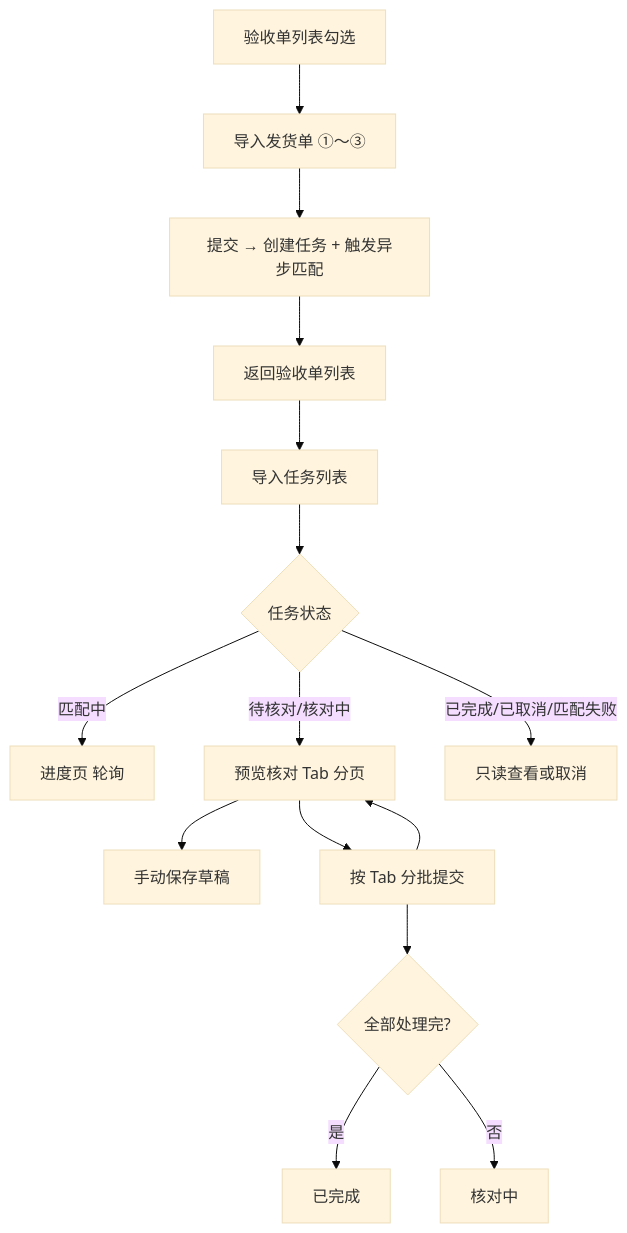
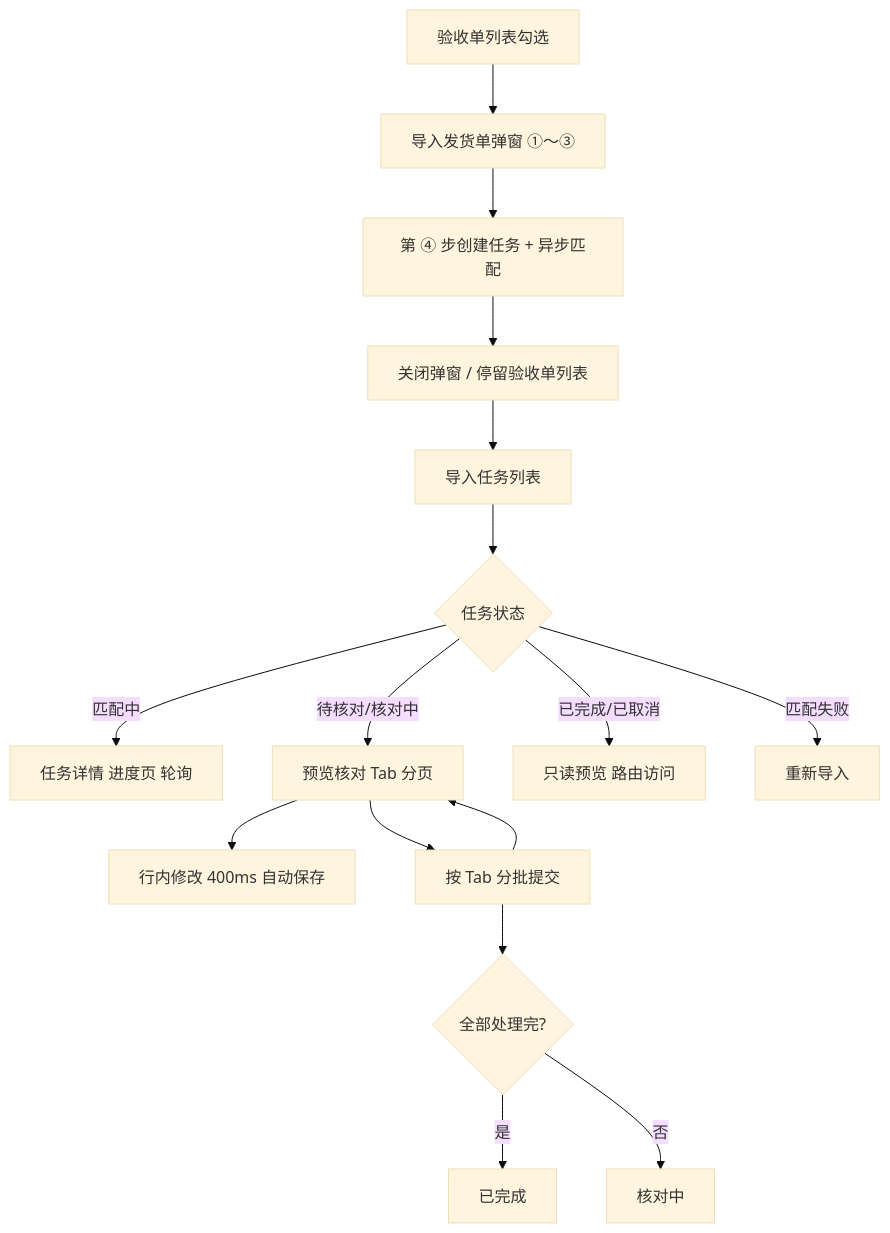
The diagram in docs/superpowers/specs/2026-07-10-delivery-import-async-task-design.md (yxw7/orderM), drawn with Mermaid (base theme) before and after one commit. The commit also changed other lines of this file and 166 other files, not shown here.

````diff
--- a/docs/superpowers/specs/2026-07-10-delivery-import-async-task-design.md
+++ b/docs/superpowers/specs/2026-07-10-delivery-import-async-task-design.md
@@ -86,17 +95,18 @@
 ```mermaid
 flowchart TD
-  A[验收单列表勾选] --> B[导入发货单 ①～③]
-  B --> C[提交 → 创建任务 + 触发异步匹配]
-  C --> D[返回验收单列表]
+  A[验收单列表勾选] --> B[导入发货单弹窗 ①～③]
+  B --> C[第 ④ 步创建任务 + 异步匹配]
+  C --> D[关闭弹窗 / 停留验收单列表]
   D --> E[导入任务列表]
   E --> F{任务状态}
-  F -->|匹配中| G[进度页 轮询]
+  F -->|匹配中| G[任务详情 进度页 轮询]
   F -->|待核对/核对中| H[预览核对 Tab 分页]
-  F -->|已完成/已取消/匹配失败| I[只读查看或取消]
-  H --> J[手动保存草稿]
-  H --> K[按 Tab 分批提交]
-  K --> H
-  K --> L{全部处理完?}
-  L -->|是| M[已完成]
-  L -->|否| N[核对中]
+  F -->|已完成/已取消| I[只读预览 路由访问]
+  F -->|匹配失败| J[重新导入]
+  H --> K[行内修改 400ms 自动保存]
+  H --> L[按 Tab 分批提交]
+  L --> H
+  L --> M{全部处理完?}
+  M -->|是| N[已完成]
+  M -->|否| O[核对中]
 ```
````
